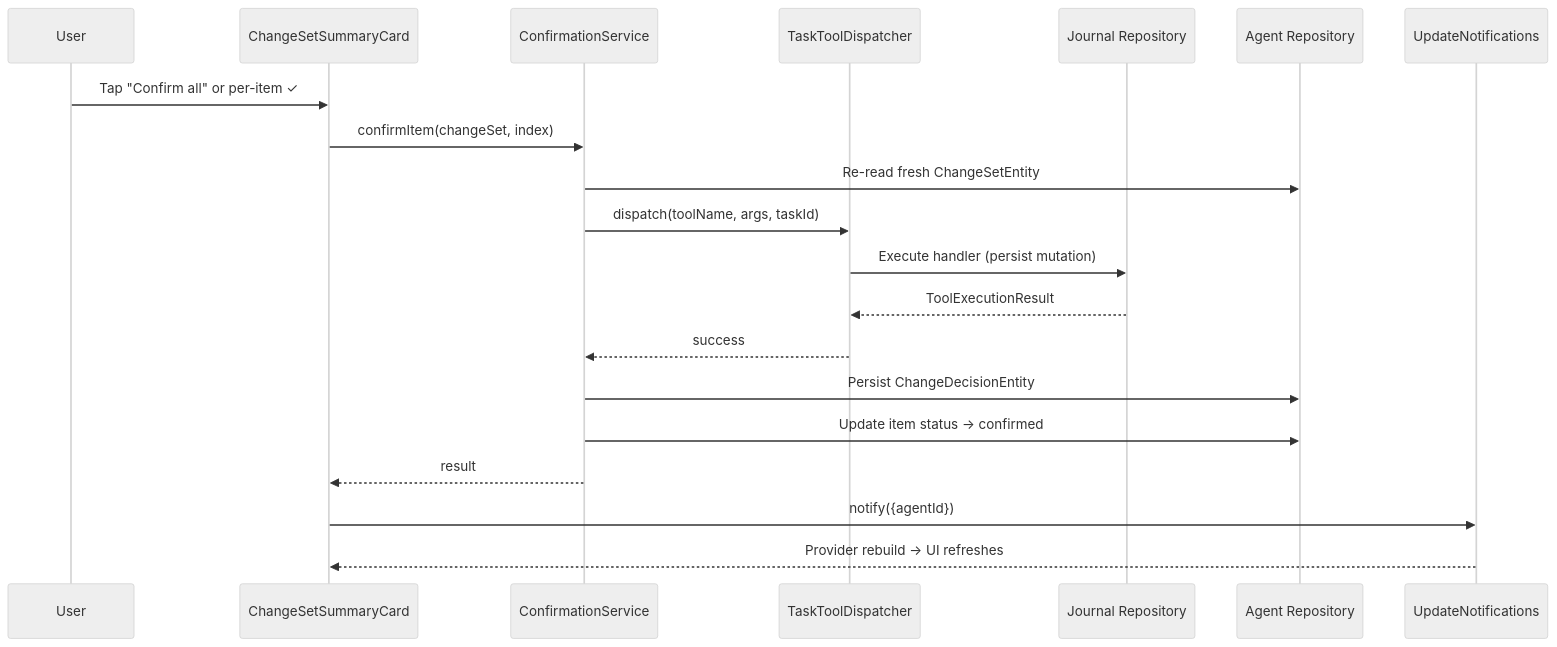
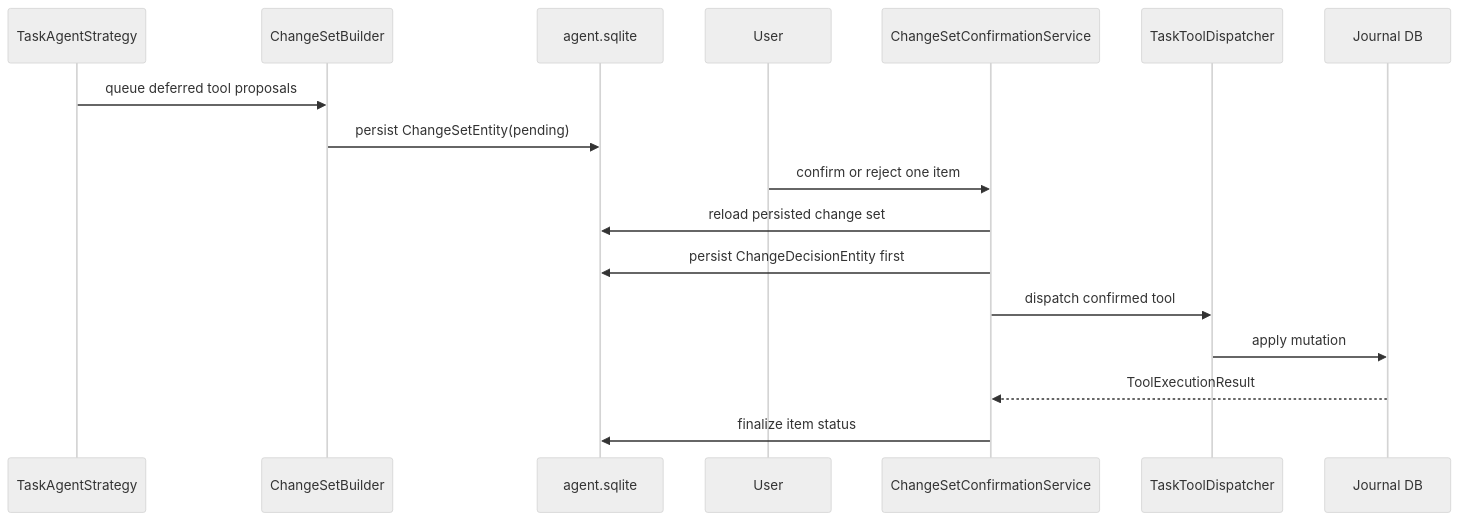
The fifth of 6 diagrams in lib/features/agents/README.md (matthiasn/lotti), drawn with Mermaid (neutral theme) before and after one commit. The commit also changed other lines of this file and 8 other files, not shown here.

````diff
--- a/lib/features/agents/README.md
+++ b/lib/features/agents/README.md
@@ -175,23 +366,20 @@
 ```mermaid
 sequenceDiagram
-  participant U as User
-  participant Card as ChangeSetSummaryCard
-  participant Svc as ConfirmationService
-  participant Disp as TaskToolDispatcher
-  participant J as Journal Repository
-  participant ADB as Agent Repository
-  participant N as UpdateNotifications
+  participant Agent as TaskAgentStrategy
+  participant Builder as ChangeSetBuilder
+  participant Store as agent.sqlite
+  participant User as User
+  participant Confirm as ChangeSetConfirmationService
+  participant Dispatch as TaskToolDispatcher
+  participant Journal as Journal DB
 
-  U->>Card: Tap "Confirm all" or per-item ✓
-  Card->>Svc: confirmItem(changeSet, index)
-  Svc->>ADB: Re-read fresh ChangeSetEntity
-  Svc->>Disp: dispatch(toolName, args, taskId)
-  Disp->>J: Execute handler (persist mutation)
-  J-->>Disp: ToolExecutionResult
-  Disp-->>Svc: success
-  Svc->>ADB: Persist ChangeDecisionEntity
-  Svc->>ADB: Update item status → confirmed
-  Svc-->>Card: result
-  Card->>N: notify({agentId})
-  N-->>Card: Provider rebuild → UI refreshes
+  Agent->>Builder: queue deferred tool proposals
+  Builder->>Store: persist ChangeSetEntity(pending)
+  User->>Confirm: confirm or reject one item
+  Confirm->>Store: reload persisted change set
+  Confirm->>Store: persist ChangeDecisionEntity first
+  Confirm->>Dispatch: dispatch confirmed tool
+  Dispatch->>Journal: apply mutation
+  Journal-->>Confirm: ToolExecutionResult
+  Confirm->>Store: finalize item status
 ```
````
